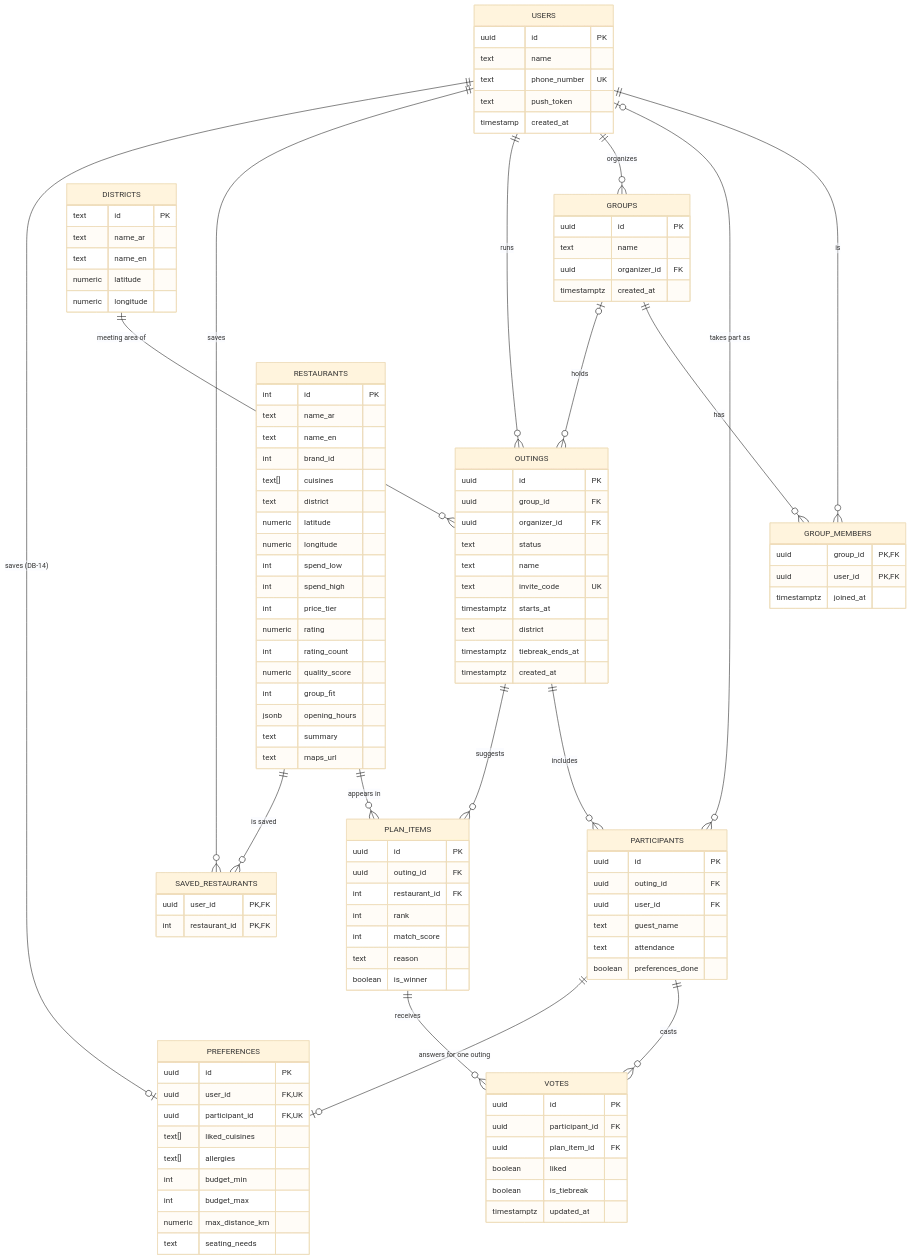
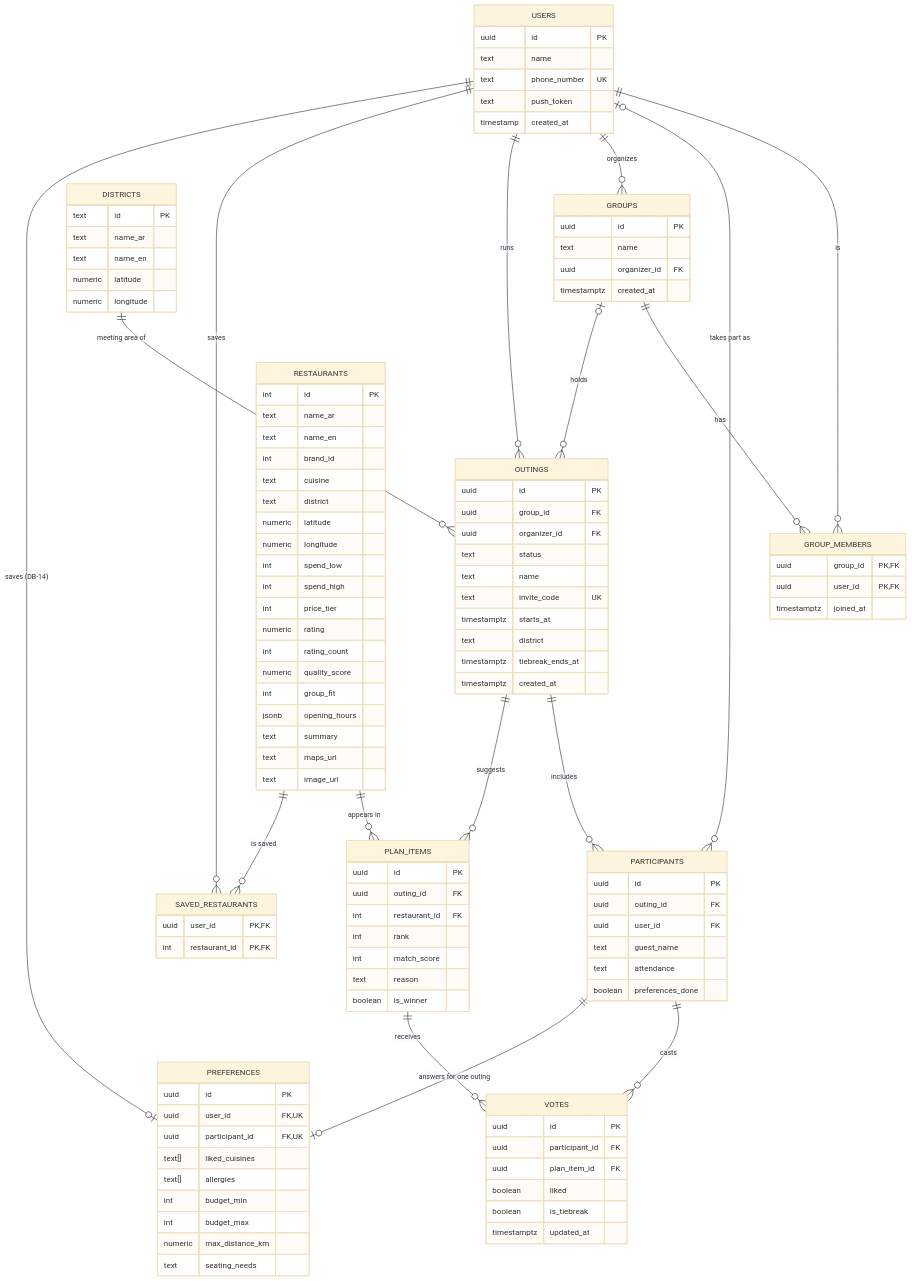
Before and after one commit to shathaaa1110-arch/Portfolio-Project: the second of 11 diagrams in Docs/TechnicalDoc.md, drawn with Mermaid (base theme). The commit also changed other lines of this file and 26 other files, not shown here.

Commit message:
feat: add general Home restaurant sample and image_url field

```diff
--- a/Docs/TechnicalDoc.md
+++ b/Docs/TechnicalDoc.md
@@ -410,7 +410,7 @@
         text name_ar
         text name_en
         int brand_id
-        text[] cuisines
+        text cuisine
         text district
         numeric latitude
         numeric longitude
@@ -424,6 +424,7 @@
         jsonb opening_hours
         text summary
         text maps_url
+        text image_url
     }
     DISTRICTS {
         text id PK
```
